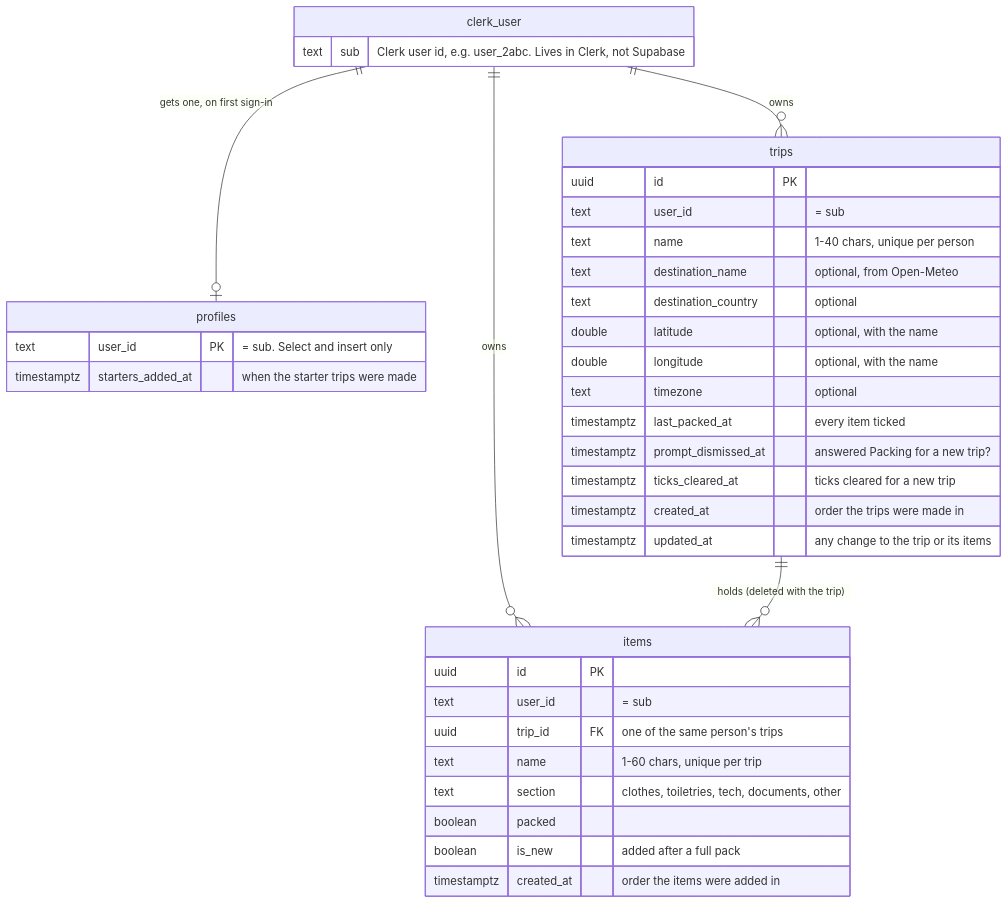
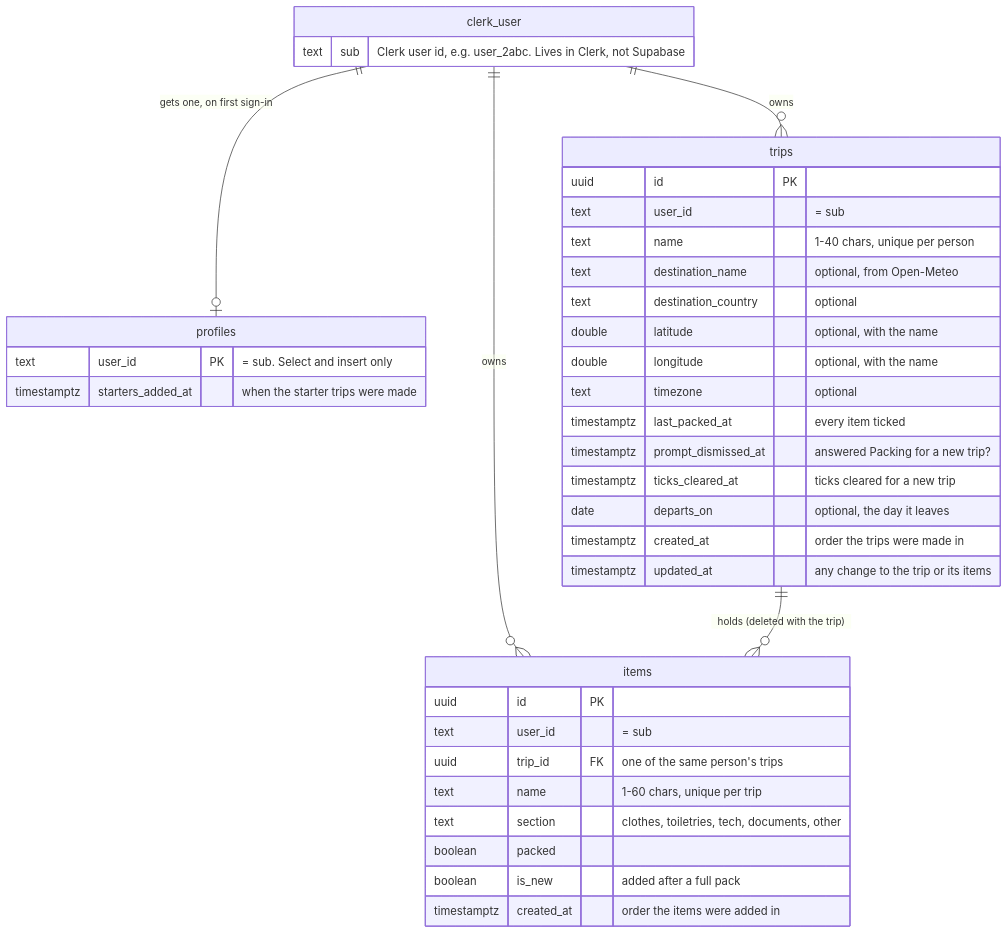
One commit to aorihuela7/design-assignment4 changed the diagram in docs/data-model.md. Above: the diagram before and after it, drawn with Mermaid. The commit also changed other lines of this file and 1 other file, not shown here.

Commit message:
Add the departure date to the data model docs and AGENTS.md

````diff
--- a/docs/data-model.md
+++ b/docs/data-model.md
@@ -5,43 +5,44 @@
 ```mermaid
 erDiagram
   clerk_user ||--o| profiles : "gets one, on first sign-in"
   clerk_user ||--o{ trips : owns
   clerk_user ||--o{ items : owns
   trips ||--o{ items : "holds (deleted with the trip)"
 
   clerk_user {
     text sub "Clerk user id, e.g. user_2abc. Lives in Clerk, not Supabase"
   }
 
   profiles {
     text user_id PK "= sub. Select and insert only"
     timestamptz starters_added_at "when the starter trips were made"
   }
 
   trips {
     uuid id PK
     text user_id "= sub"
     text name "1-40 chars, unique per person"
     text destination_name "optional, from Open-Meteo"
     text destination_country "optional"
     double latitude "optional, with the name"
     double longitude "optional, with the name"
     text timezone "optional"
     timestamptz last_packed_at "every item ticked"
     timestamptz prompt_dismissed_at "answered Packing for a new trip?"
     timestamptz ticks_cleared_at "ticks cleared for a new trip"
+    date departs_on "optional, the day it leaves"
     timestamptz created_at "order the trips were made in"
     timestamptz updated_at "any change to the trip or its items"
   }
 
   items {
     uuid id PK
     text user_id "= sub"
     uuid trip_id FK "one of the same person's trips"
     text name "1-60 chars, unique per trip"
     text section "clothes, toiletries, tech, documents, other"
     boolean packed
     boolean is_new "added after a full pack"
     timestamptz created_at "order the items were added in"
   }
 ```
````
